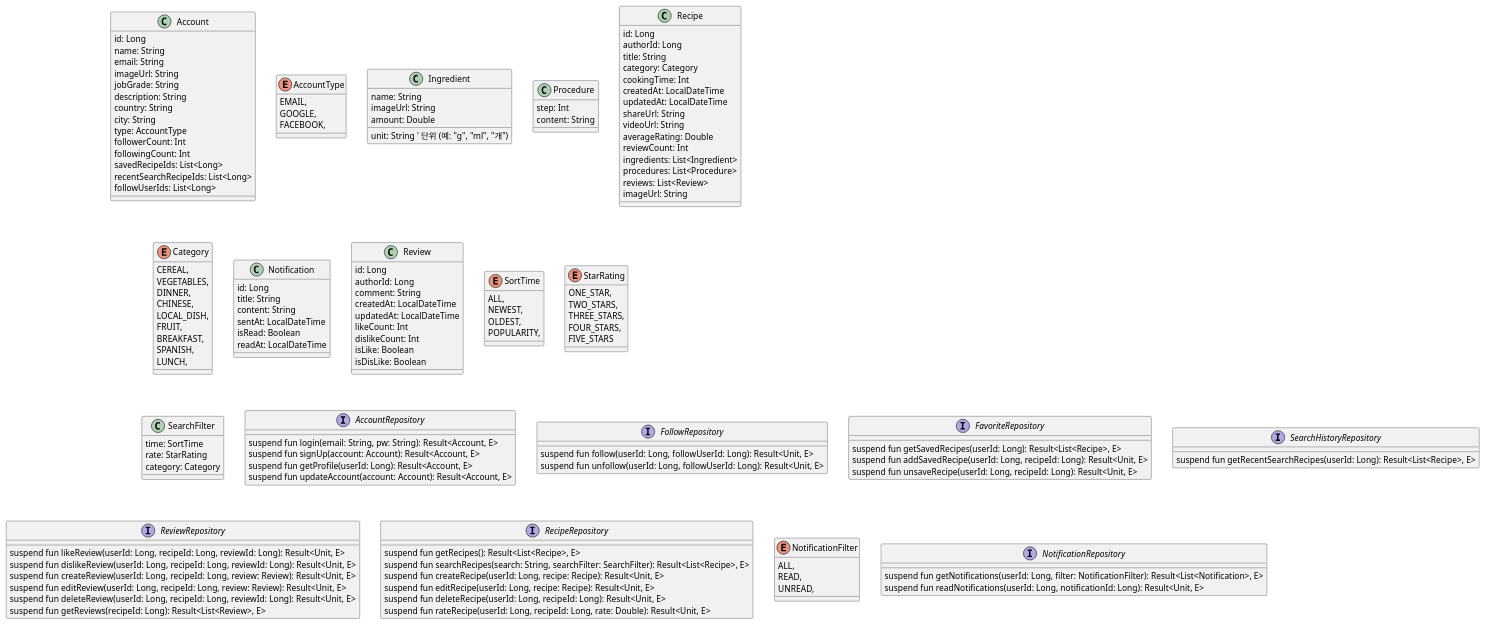
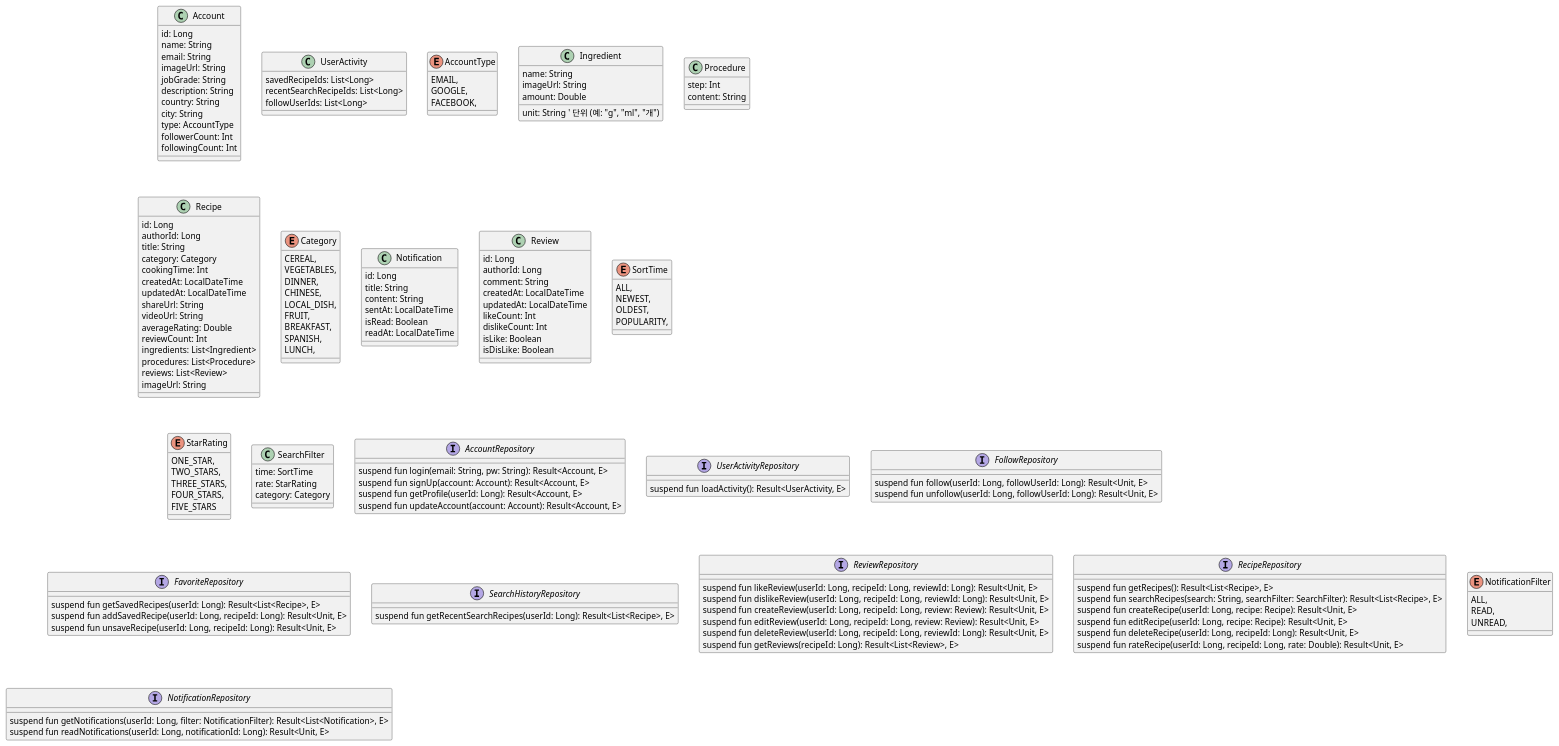
The diagram in src/main/kotlin/com/ezlevup/my/foodrecipe/FoodRecipe1.puml (SurvivalCodingCampus/gangnam2_kotlin_study), drawn with PlantUML before and after one commit.

Commit message:
feat: UserActivity 추가.

```diff
--- a/src/main/kotlin/com/ezlevup/my/foodrecipe/FoodRecipe1.puml
+++ b/src/main/kotlin/com/ezlevup/my/foodrecipe/FoodRecipe1.puml
@@ -1,183 +1,192 @@
 @startuml
 ' Food Recipe class-diagram
 
 class Account {
     id: Long
     name: String
     email: String
     imageUrl: String
     jobGrade: String
     description: String
     country: String
     city: String
     type: AccountType
     followerCount: Int
     followingCount: Int
+}
+
+' 사용자 활동 데이터
+class UserActivity {
     ' 즐겨찾기 레시피, Recipe ID 만 저장
     savedRecipeIds: List<Long>
     ' 최근 검색한 레시피, Recipe ID 만 저장
     recentSearchRecipeIds: List<Long>
     followUserIds: List<Long>
 }
 
 enum AccountType {
     EMAIL,
     GOOGLE,
     FACEBOOK,
 }
 
 ' 재료
 class Ingredient {
     name: String
     imageUrl: String
     amount: Double
     unit: String ' 단위 (예: "g", "ml", "개")
 }
 
 ' 조리 순서
 class Procedure {
     step: Int
     content: String
 }
 
 ' 레시피
 class Recipe {
     id: Long
     authorId: Long
     title: String
     category: Category
     cookingTime: Int
     createdAt: LocalDateTime
     updatedAt: LocalDateTime
     shareUrl: String
     videoUrl: String
     ' 별점
     averageRating: Double
     ' 총 리뷰수
     reviewCount: Int
     ingredients: List<Ingredient>
     procedures: List<Procedure>
     reviews: List<Review>
     imageUrl: String
 }
 
 enum Category {
     CEREAL,
     VEGETABLES,
     DINNER,
     CHINESE,
     LOCAL_DISH,
     FRUIT,
     BREAKFAST,
     SPANISH,
     LUNCH,
 }
 
 
 class Notification {
     id: Long
     title: String
     content: String
     sentAt: LocalDateTime
     isRead: Boolean
     readAt: LocalDateTime
 }
 
 class Review {
     id: Long
     ' 리뷰 작성자
     authorId: Long
     comment: String
     createdAt: LocalDateTime
     updatedAt: LocalDateTime
     likeCount: Int
     dislikeCount: Int
     isLike: Boolean
     isDisLike: Boolean
 }
 
 enum SortTime {
     ALL,
     NEWEST,
     OLDEST,
     POPULARITY,
 }
 
 enum StarRating {
     ONE_STAR,
     TWO_STARS,
     THREE_STARS,
     FOUR_STARS,
     FIVE_STARS
 }
 
 class SearchFilter {
     time: SortTime
     rate: StarRating
     category: Category
 }
 
 ' 계정 관리
 interface AccountRepository {
     suspend fun login(email: String, pw: String): Result<Account, E>
     suspend fun signUp(account: Account): Result<Account, E>
     suspend fun getProfile(userId: Long): Result<Account, E>
     suspend fun updateAccount(account: Account): Result<Account, E>
 }
 
+' 사용자 활동 데이터
+interface UserActivityRepository {
+    suspend fun loadActivity(): Result<UserActivity, E>
+}
+
 ' 팔로우 관리
 interface FollowRepository {
     suspend fun follow(userId: Long, followUserId: Long): Result<Unit, E>
     suspend fun unfollow(userId: Long, followUserId: Long): Result<Unit, E>
 }
 
 ' 즐겨찾기 관리
 interface FavoriteRepository {
     suspend fun getSavedRecipes(userId: Long): Result<List<Recipe>, E>
     suspend fun addSavedRecipe(userId: Long, recipeId: Long): Result<Unit, E>
     suspend fun unsaveRecipe(userId: Long, recipeId: Long): Result<Unit, E>
 }
 
 ' 검색 기록 관리
 interface SearchHistoryRepository {
     ' 최근 검색 레시피
     suspend fun getRecentSearchRecipes(userId: Long): Result<List<Recipe>, E>
 }
 
 ' 리뷰 관리
 interface ReviewRepository {
     suspend fun likeReview(userId: Long, recipeId: Long, reviewId: Long): Result<Unit, E>
     suspend fun dislikeReview(userId: Long, recipeId: Long, reviewId: Long): Result<Unit, E>
     suspend fun createReview(userId: Long, recipeId: Long, review: Review): Result<Unit, E>
     suspend fun editReview(userId: Long, recipeId: Long, review: Review): Result<Unit, E>
     suspend fun deleteReview(userId: Long, recipeId: Long, reviewId: Long): Result<Unit, E>
     suspend fun getReviews(recipeId: Long): Result<List<Review>, E>
 }
 
 ' 레시피 관리
 interface RecipeRepository {
     suspend fun getRecipes(): Result<List<Recipe>, E>
     suspend fun searchRecipes(search: String, searchFilter: SearchFilter): Result<List<Recipe>, E>
     suspend fun createRecipe(userId: Long, recipe: Recipe): Result<Unit, E>
     suspend fun editRecipe(userId: Long, recipe: Recipe): Result<Unit, E>
     suspend fun deleteRecipe(userId: Long, recipeId: Long): Result<Unit, E>
     suspend fun rateRecipe(userId: Long, recipeId: Long, rate: Double): Result<Unit, E>
 }
 
 enum NotificationFilter {
     ALL,
     READ,
     UNREAD,
 }
 
 ' 알림 관리
 interface NotificationRepository  {
     suspend fun getNotifications(userId: Long, filter: NotificationFilter): Result<List<Notification>, E>
     suspend fun readNotifications(userId: Long, notificationId: Long): Result<Unit, E>
 }
 
 
 ' 관계 정의
 
 
 @enduml
```
